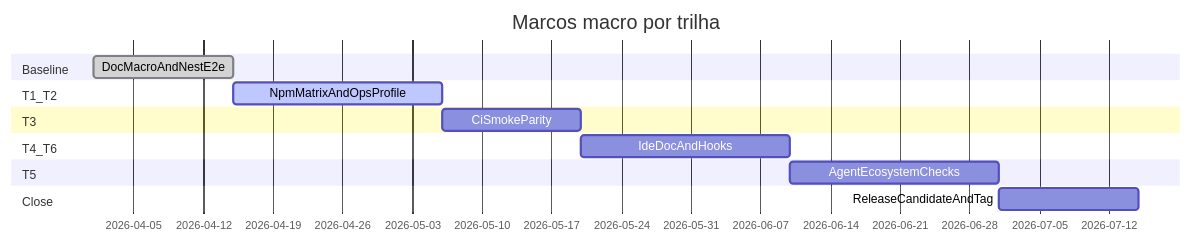
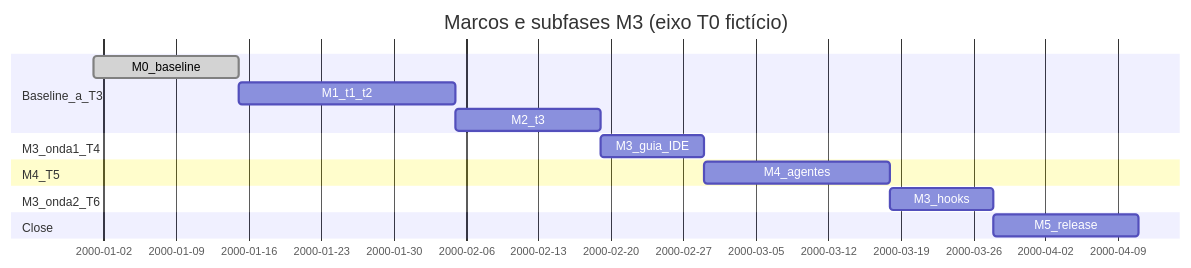
The fourth of 5 diagrams in docs/distribution-channels-macro-plan.md (Malnati/eslint-hardcode-detect-plugin), drawn with Mermaid before and after one commit. The commit also changed other lines of this file and 10 other files, not shown here.

````diff
--- a/docs/distribution-channels-macro-plan.md
+++ b/docs/distribution-channels-macro-plan.md
@@ -107,17 +125,17 @@
 ```mermaid
 gantt
-  title Marcos macro por trilha
+  title Marcos e subfases M3 (eixo T0 fictício)
   dateFormat YYYY-MM-DD
-  section Baseline
-  DocMacroAndNestE2e :done, m0, 2026-04-01, 14d
-  section T1_T2
-  NpmMatrixAndOpsProfile :active, m1, 2026-04-15, 21d
-  section T3
-  CiSmokeParity :m2, 2026-05-06, 14d
-  section T4_T6
-  IdeDocAndHooks :m3, 2026-05-20, 21d
-  section T5
-  AgentEcosystemChecks :m4, 2026-06-10, 21d
+  section Baseline_a_T3
+  M0_baseline :done, m0, 2000-01-01, 14d
+  M1_t1_t2 :m1, after m0, 21d
+  M2_t3 :m2, after m1, 14d
+  section M3_onda1_T4
+  M3_guia_IDE :m3a, after m2, 10d
+  section M4_T5
+  M4_agentes :m4, after m3a, 18d
+  section M3_onda2_T6
+  M3_hooks :m3b, after m4, 10d
   section Close
-  ReleaseCandidateAndTag :m5, 2026-07-01, 14d
+  M5_release :m5, after m3b, 14d
 ```
````
